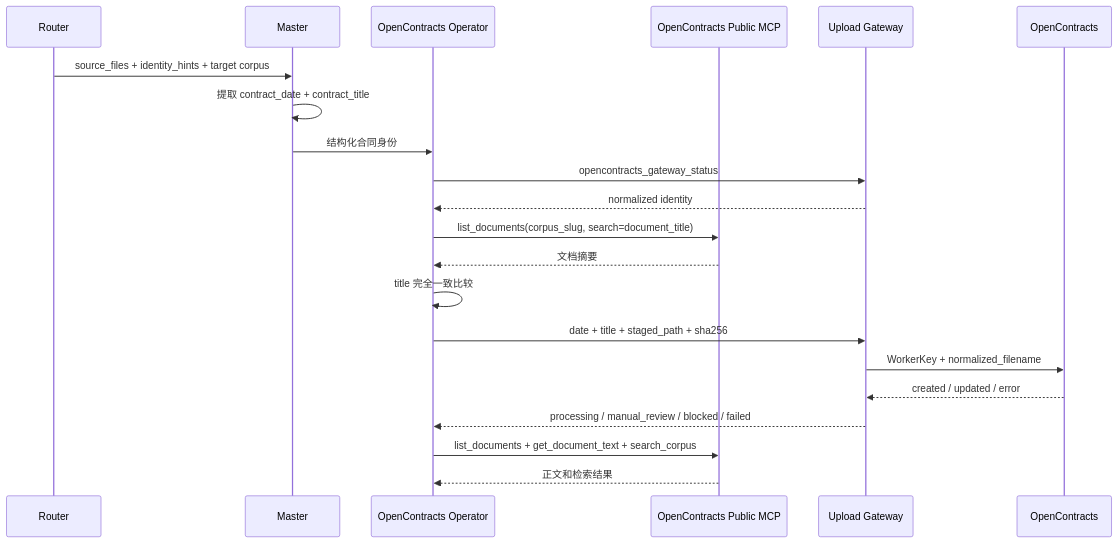
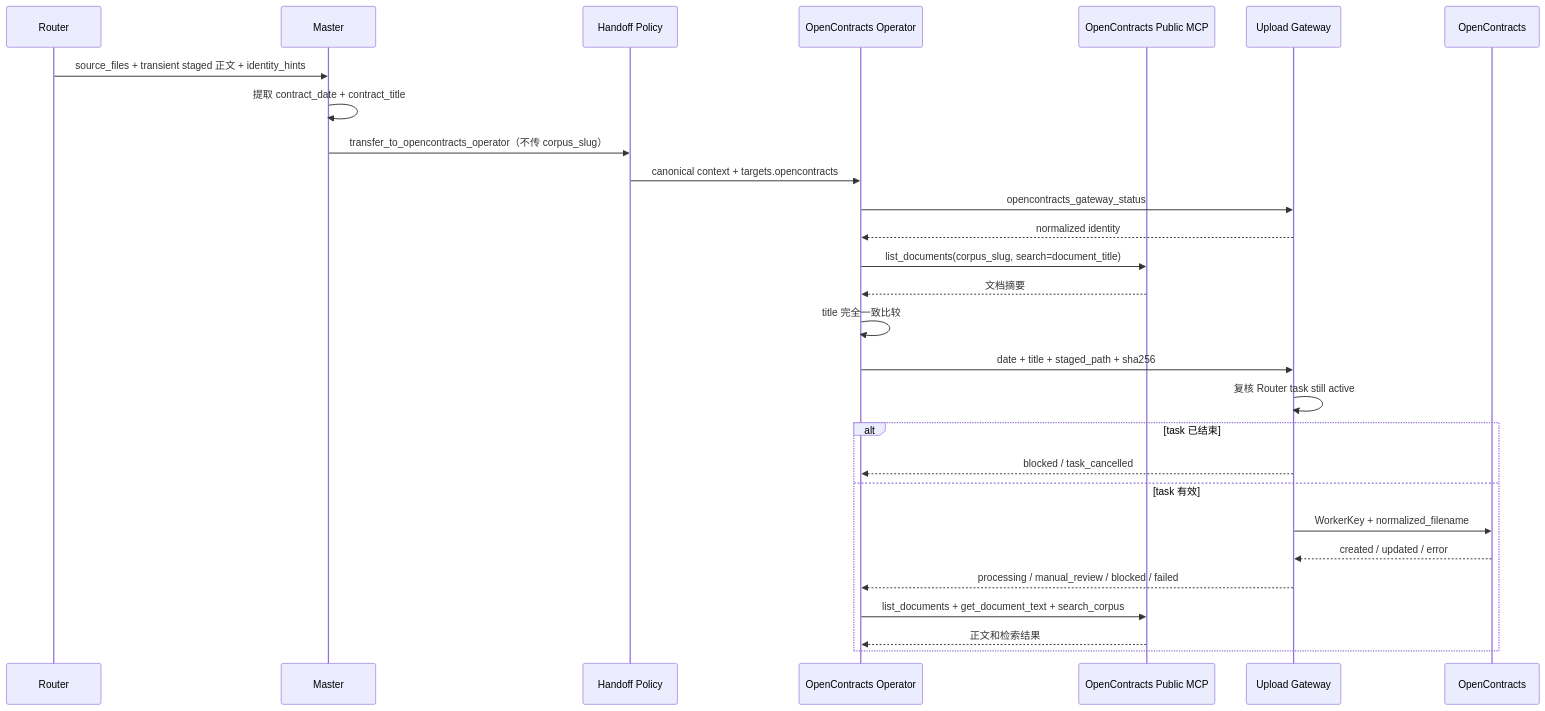
One commit to Ri0n72Y/ContractBotConfig changed the second of 3 diagrams in docs/architecture/opencontracts-integration.md. Above: the diagram before and after it, drawn with Mermaid. The commit also changed other lines of this file and 52 other files, not shown here.

````diff
--- a/docs/architecture/opencontracts-integration.md
+++ b/docs/architecture/opencontracts-integration.md
@@ -95,24 +112,31 @@
 ```mermaid
 sequenceDiagram
     participant R as Router
     participant M as Master
+    participant H as Handoff Policy
     participant O as OpenContracts Operator
     participant MCP as OpenContracts Public MCP
     participant G as Upload Gateway
     participant OC as OpenContracts
 
-    R->>M: source_files + identity_hints + target corpus
+    R->>M: source_files + transient staged 正文 + identity_hints
     M->>M: 提取 contract_date + contract_title
-    M->>O: 结构化合同身份
+    M->>H: transfer_to_opencontracts_operator（不传 corpus_slug）
+    H->>O: canonical context + targets.opencontracts
     O->>G: opencontracts_gateway_status
     G-->>O: normalized identity
     O->>MCP: list_documents(corpus_slug, search=document_title)
     MCP-->>O: 文档摘要
     O->>O: title 完全一致比较
     O->>G: date + title + staged_path + sha256
-    G->>OC: WorkerKey + normalized_filename
-    OC-->>G: created / updated / error
-    G-->>O: processing / manual_review / blocked / failed
-    O->>MCP: list_documents + get_document_text + search_corpus
-    MCP-->>O: 正文和检索结果
+    G->>G: 复核 Router task still active
+    alt task 已结束
+        G-->>O: blocked / task_cancelled
+    else task 有效
+        G->>OC: WorkerKey + normalized_filename
+        OC-->>G: created / updated / error
+        G-->>O: processing / manual_review / blocked / failed
+        O->>MCP: list_documents + get_document_text + search_corpus
+        MCP-->>O: 正文和检索结果
+    end
 ```
````
